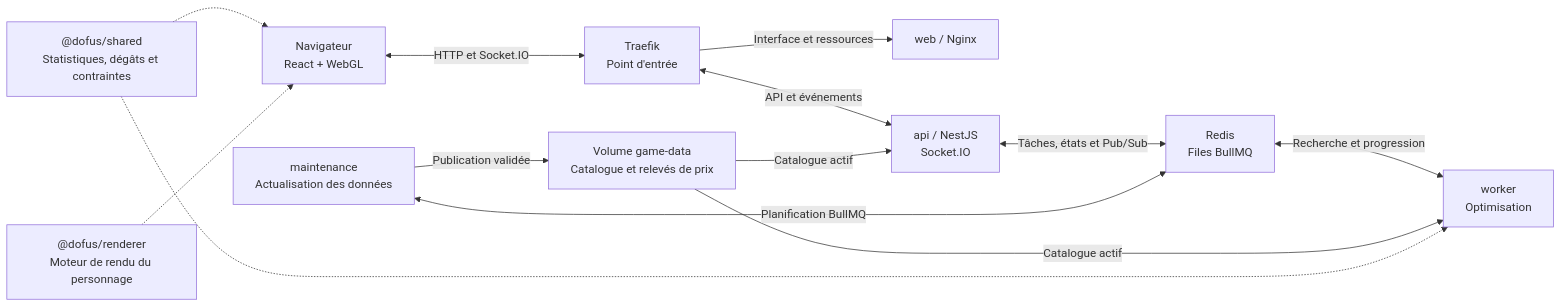
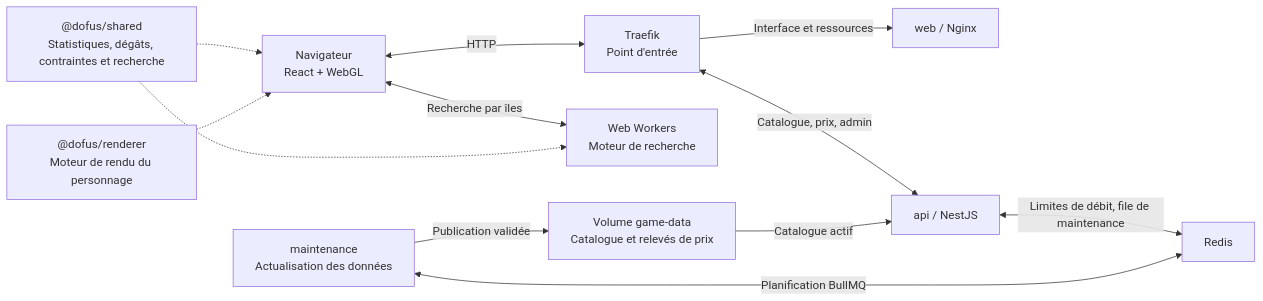
One commit to LeandreBl/dofus-stuffer changed the diagram in README.md. Above: the diagram before and after it, drawn with Mermaid. The commit also changed other lines of this file and 63 other files, not shown here.

````diff
--- a/README.md
+++ b/README.md
@@ -132,15 +132,14 @@
 ```mermaid
 flowchart LR
-    browser["Navigateur<br/>React + WebGL"] <-->|HTTP et Socket.IO| traefik["Traefik<br/>Point d'entrée"]
+    browser["Navigateur<br/>React + WebGL"] <-->|HTTP| traefik["Traefik<br/>Point d'entrée"]
+    browser <-->|Recherche par îles| islands["Web Workers<br/>Moteur de recherche"]
     traefik -->|Interface et ressources| web["web / Nginx"]
-    traefik <-->|API et événements| api["api / NestJS<br/>Socket.IO"]
-    api <-->|Tâches, états et Pub/Sub| redis["Redis<br/>Files BullMQ"]
-    redis <-->|Recherche et progression| worker["worker<br/>Optimisation"]
+    traefik <-->|Catalogue, prix, admin| api["api / NestJS"]
+    api <-->|Limites de débit, file de maintenance| redis["Redis"]
     maintenance["maintenance<br/>Actualisation des données"] <-->|Planification BullMQ| redis
     maintenance -->|Publication validée| data["Volume game-data<br/>Catalogue et relevés de prix"]
     data -->|Catalogue actif| api
-    data -->|Catalogue actif| worker
-    shared["@dofus/shared<br/>Statistiques, dégâts et contraintes"] -.-> browser
-    shared -.-> worker
+    shared["@dofus/shared<br/>Statistiques, dégâts, contraintes et recherche"] -.-> browser
+    shared -.-> islands
     renderer["@dofus/renderer<br/>Moteur de rendu du personnage"] -.-> browser
 ```
````
